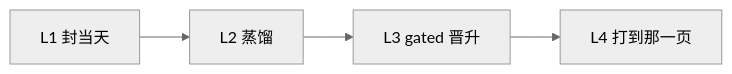
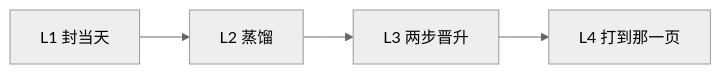
One commit to 398894496-arch/runtime36 changed the diagram in README.zh.md. Above: the diagram before and after it, drawn with Mermaid (neutral theme). The commit also changed other lines of this file and 7 other files, not shown here.

````diff
--- a/README.zh.md
+++ b/README.zh.md
@@ -12,6 +27,6 @@
 ```mermaid
 flowchart LR
   L1[L1 封当天] --> L2[L2 蒸馏]
-  L2 --> L3[L3 gated 晋升]
+  L2 --> L3[L3 两步晋升]
   L3 --> L4[L4 打到那一页]
 ```
````
